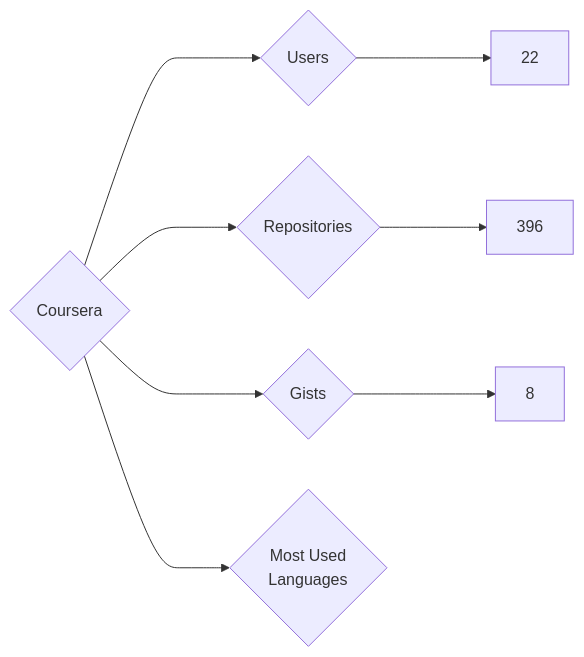
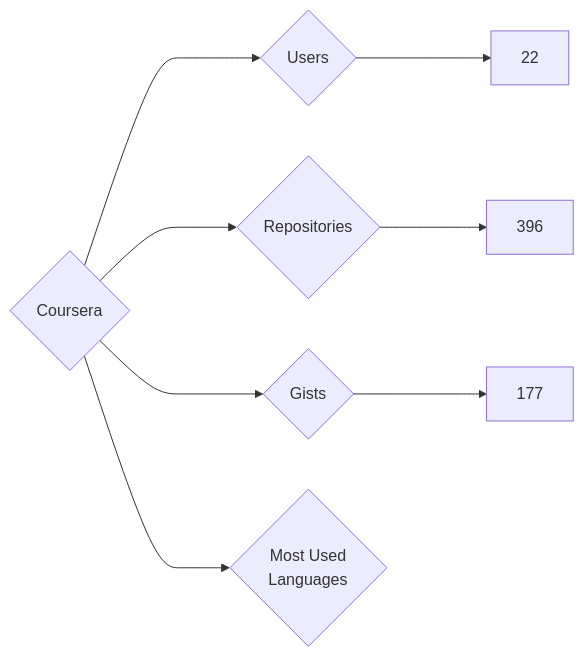
One commit to nenadzaric/insiders changed the diagram in targets/Coursera/README.md. Above: the diagram before and after it, drawn with Mermaid. The commit also changed 1342 other files, not shown here.

````diff
--- a/targets/Coursera/README.md
+++ b/targets/Coursera/README.md
@@ -3,8 +3,8 @@
 ```mermaid
 graph LR
 COMPANY_NAME{Coursera}
 COMPANY_NAME ---> U{Users} ---> UN[22]
 COMPANY_NAME ---> R{Repositories} ---> RN[396]
-COMPANY_NAME ---> G{Gists} ---> GN[8]
+COMPANY_NAME ---> G{Gists} ---> GN[177]
 COMPANY_NAME ---> ML{Most Used<br>Languages}
 ```
````
